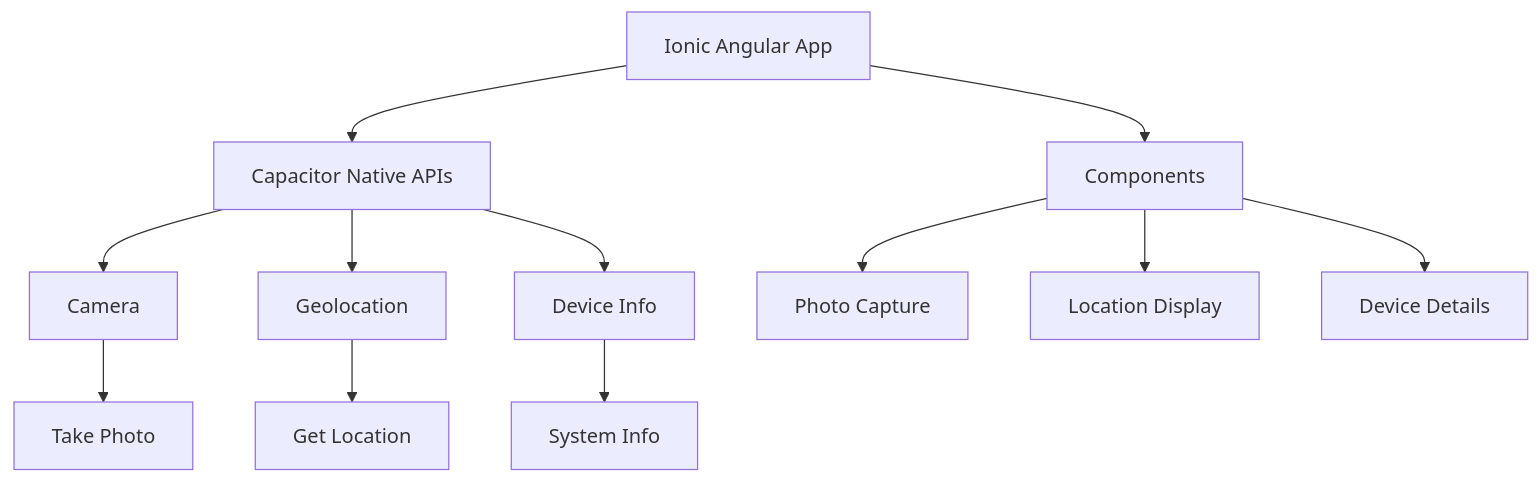
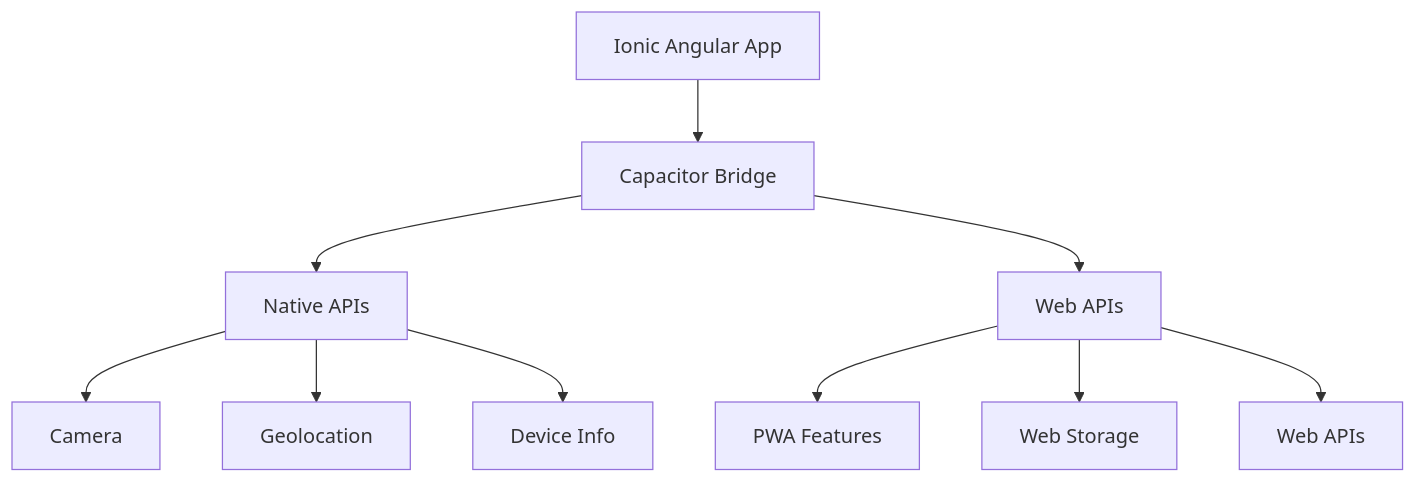
Before and after one commit to DanielCreggOrganization/w9-lab-capacitor-sophieboyle1: the first of 4 diagrams in README.md, drawn with Mermaid. The commit also changed other lines of this file, not shown here.

````diff
--- a/README.md
+++ b/README.md
@@ -17,14 +34,12 @@
 ```mermaid
 graph TD
-    A[Ionic Angular App] --> B[Capacitor Native APIs]
-    B --> C[Camera]
-    B --> D[Geolocation]
-    B --> E[Device Info]
-    A --> F[Components]
-    F --> G[Photo Capture]
-    F --> H[Location Display]
-    F --> I[Device Details]
-    C --> J[Take Photo]
-    D --> K[Get Location]
-    E --> L[System Info]
+    A[Ionic Angular App] --> B[Capacitor Bridge]
+    B --> C[Native APIs]
+    B --> D[Web APIs]
+    C --> E[Camera]
+    C --> F[Geolocation]
+    C --> G[Device Info]
+    D --> H[PWA Features]
+    D --> I[Web Storage]
+    D --> J[Web APIs]
 ```
````
